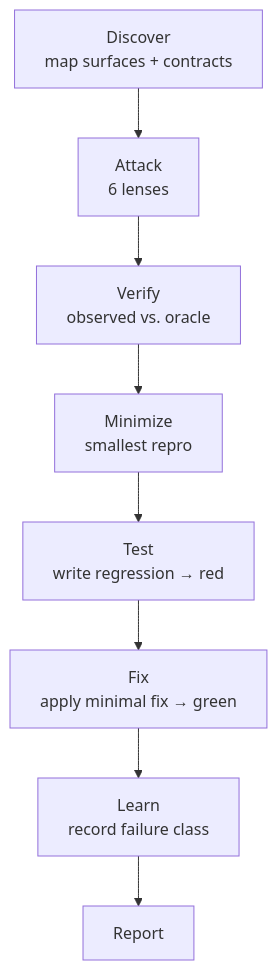
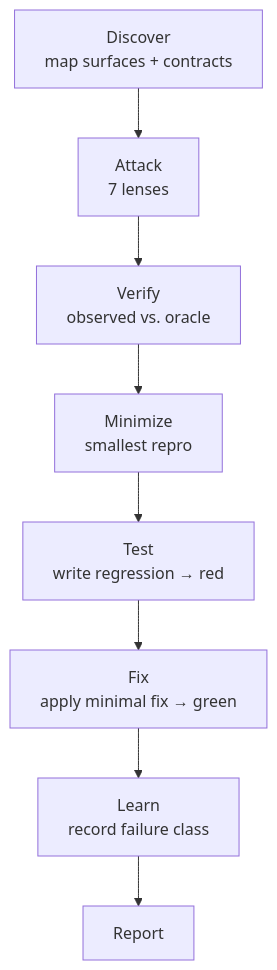
The diagram in README.md (mhenke/sstack), drawn with Mermaid before and after one commit. The commit also changed other lines of this file and 1 other file, not shown here.

````diff
--- a/README.md
+++ b/README.md
@@ -26,10 +26,10 @@
 ```mermaid
 flowchart TD
-    D["Discover\nmap surfaces + contracts"] --> A["Attack\n6 lenses"]
+    D["Discover\nmap surfaces + contracts"] --> A["Attack\n7 lenses"]
     A --> V["Verify\nobserved vs. oracle"]
     V --> M["Minimize\nsmallest repro"]
     M --> T["Test\nwrite regression → red"]
     T --> F["Fix\napply minimal fix → green"]
     F --> L["Learn\nrecord failure class"]
     L --> R["Report"]
 ```
````
